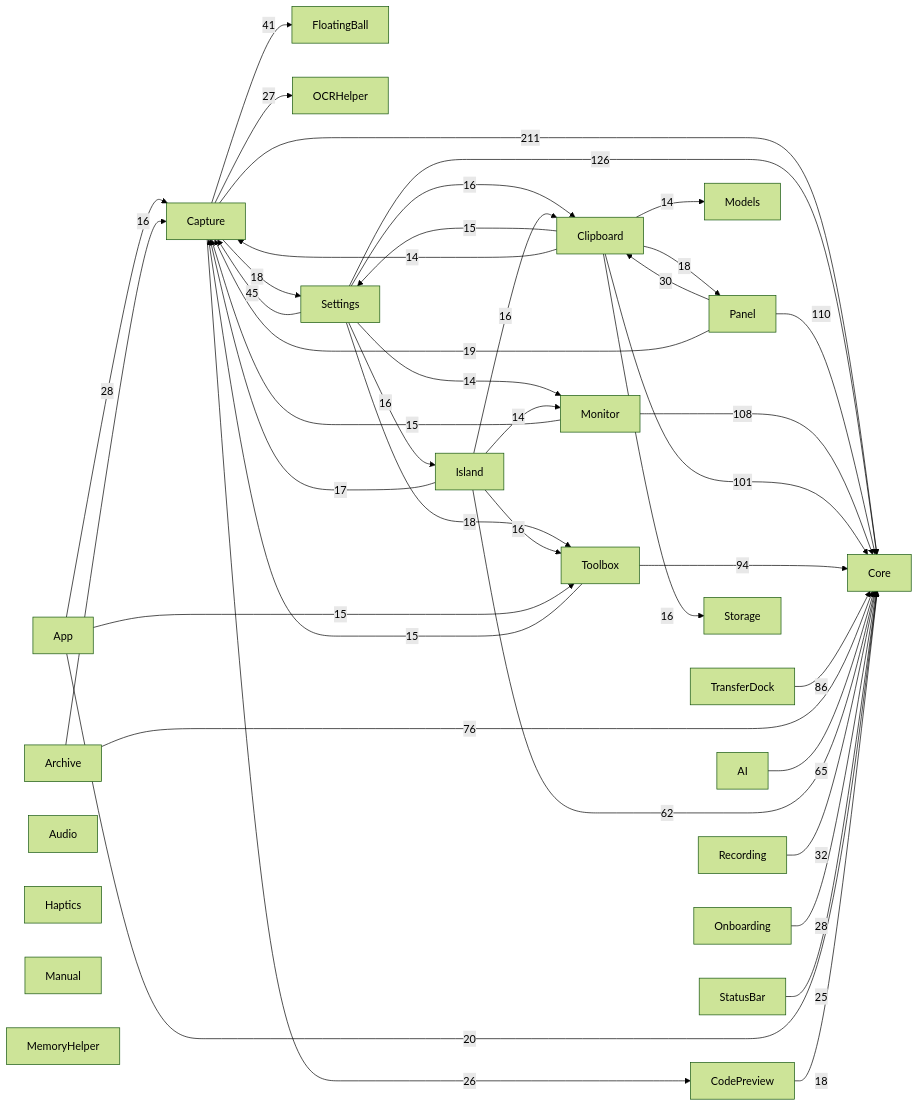
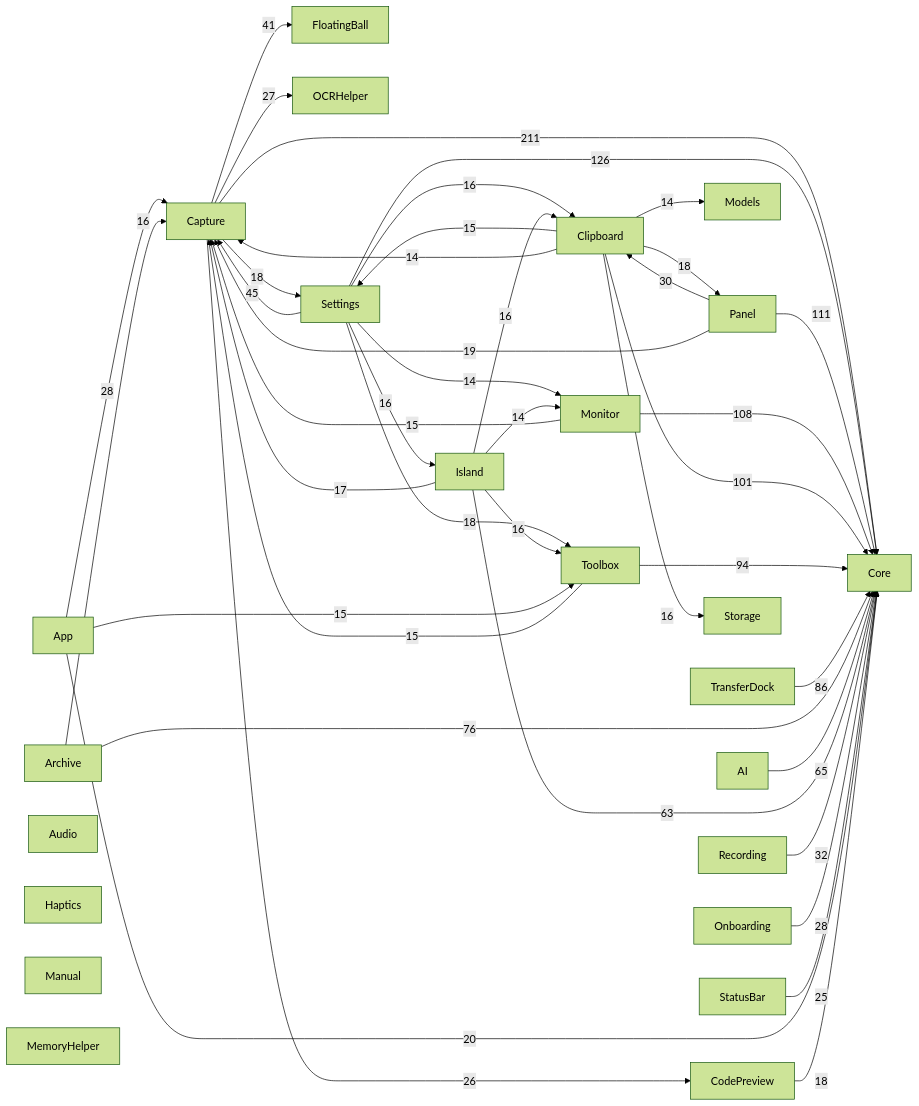
The diagram in docs/00-总览/模块依赖图.md (sxyq/Kitnest), drawn with Mermaid (forest theme) before and after one commit. The commit also changed other lines of this file and 25 other files, not shown here.

First line of the commit message:
perf(glass,capture,storage): 玻璃后端真切换 + 截图四阶段冻结/上屏分离 + 曲面命中缓存（v293）

````diff
--- a/docs/00-总览/模块依赖图.md
+++ b/docs/00-总览/模块依赖图.md
@@ -38,67 +38,67 @@
 ```mermaid
 flowchart LR
   M0["AI"]
   M1["App"]
   M2["Archive"]
   M3["Audio"]
   M4["Capture"]
   M5["Clipboard"]
   M6["CodePreview"]
   M7["Core"]
   M8["FloatingBall"]
   M9["Haptics"]
   M10["Island"]
   M11["Manual"]
   M12["MemoryHelper"]
   M13["Models"]
   M14["Monitor"]
   M15["OCRHelper"]
   M16["Onboarding"]
   M17["Panel"]
   M18["Recording"]
   M19["Settings"]
   M20["StatusBar"]
   M21["Storage"]
   M22["Toolbox"]
   M23["TransferDock"]
   M4 -->|211| M7
   M19 -->|126| M7
-  M17 -->|110| M7
+  M17 -->|111| M7
   M14 -->|108| M7
   M5 -->|101| M7
   M22 -->|94| M7
   M23 -->|86| M7
   M2 -->|76| M7
   M0 -->|65| M7
-  M10 -->|62| M7
+  M10 -->|63| M7
   M19 -->|45| M4
   M4 -->|41| M8
   M18 -->|32| M7
   M17 -->|30| M5
   M1 -->|28| M4
   M16 -->|28| M7
   M4 -->|27| M15
   M4 -->|26| M6
   M20 -->|25| M7
   M1 -->|20| M7
   M17 -->|19| M4
   M19 -->|18| M22
   M4 -->|18| M19
   M6 -->|18| M7
   M5 -->|18| M17
   M10 -->|17| M4
   M19 -->|16| M5
   M19 -->|16| M10
   M2 -->|16| M4
+  M10 -->|16| M5
   M10 -->|16| M22
-  M10 -->|16| M5
   M5 -->|16| M21
   M1 -->|15| M22
   M14 -->|15| M4
   M22 -->|15| M4
   M5 -->|15| M19
   M19 -->|14| M14
   M10 -->|14| M14
   M5 -->|14| M4
   M5 -->|14| M13
 ```
````
